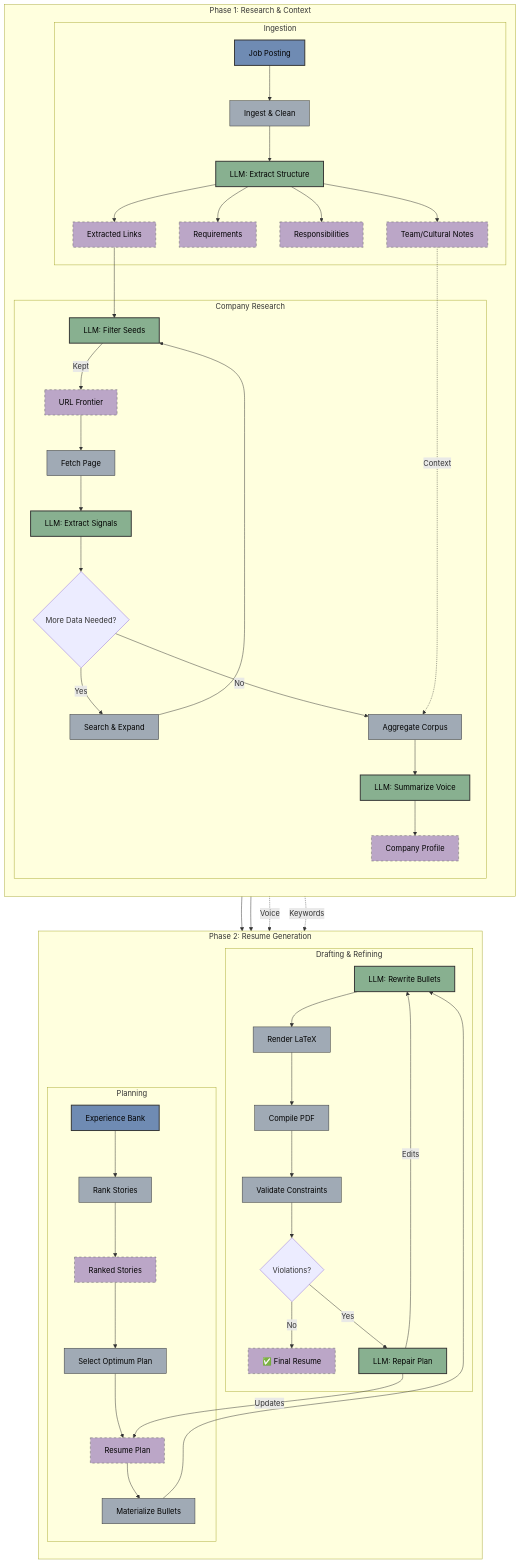
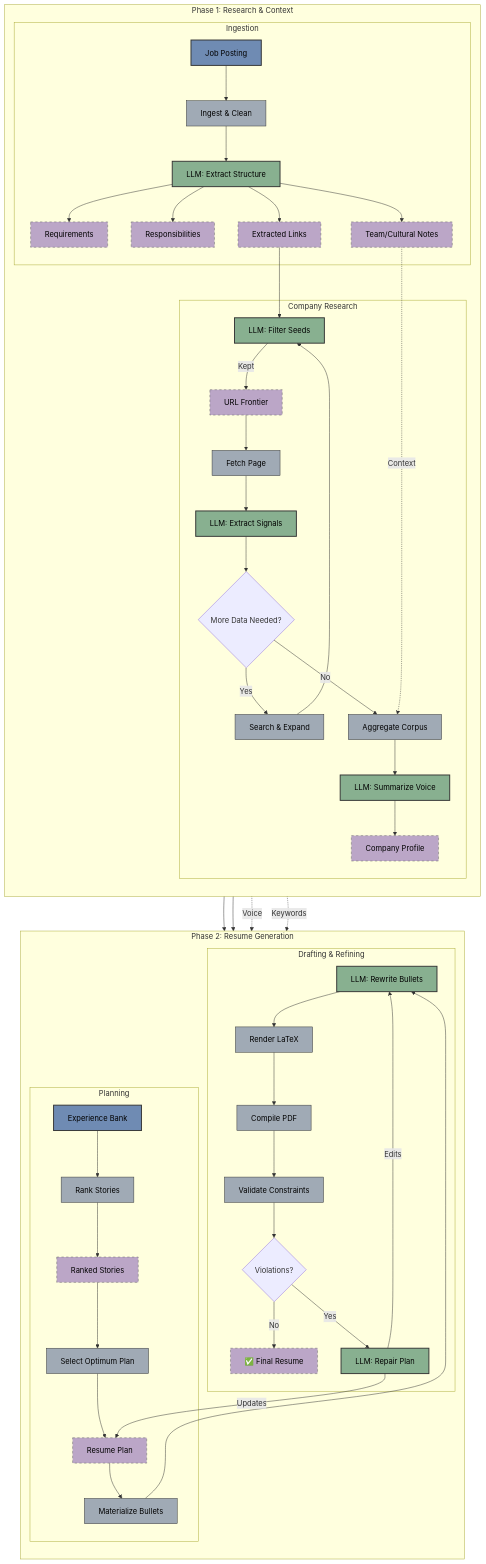
Before and after one commit to jonkmatsumo/resume-customizer: the diagram in README.md, drawn with Mermaid. The commit also changed other lines of this file, not shown here.

```diff
--- a/README.md
+++ b/README.md
@@ -32,9 +32,9 @@
             B --> C[LLM: Extract Structure]
             
             %% Reordered to minimize crossing lines
-            C --> S[Extracted Links]
             C --> D[Requirements]
             C --> E[Responsibilities]
+            C --> S[Extracted Links]
             C --> T[Team/Cultural Notes]
         end
         
```
